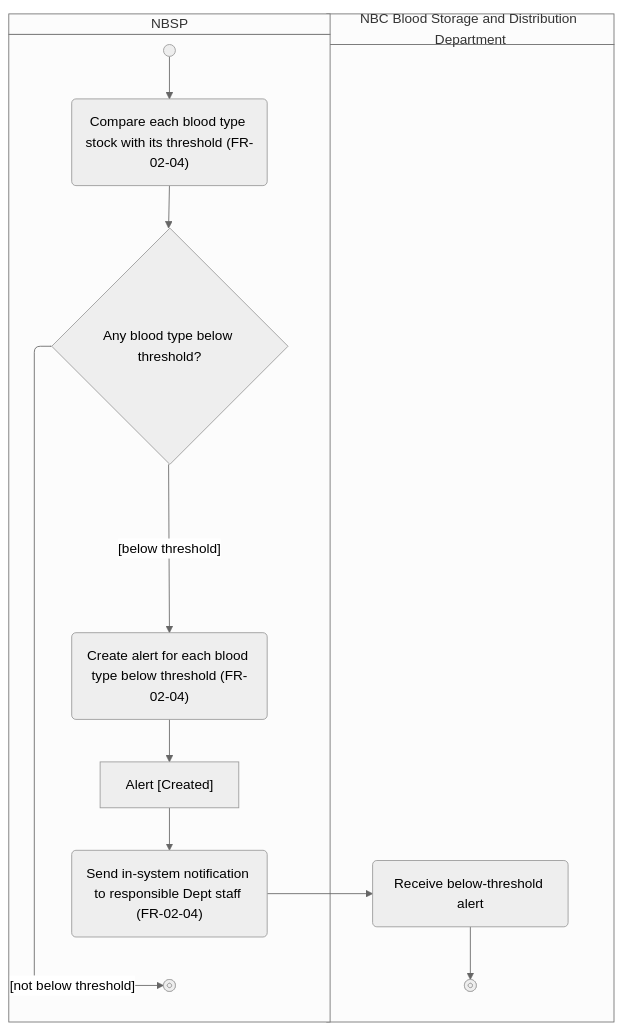
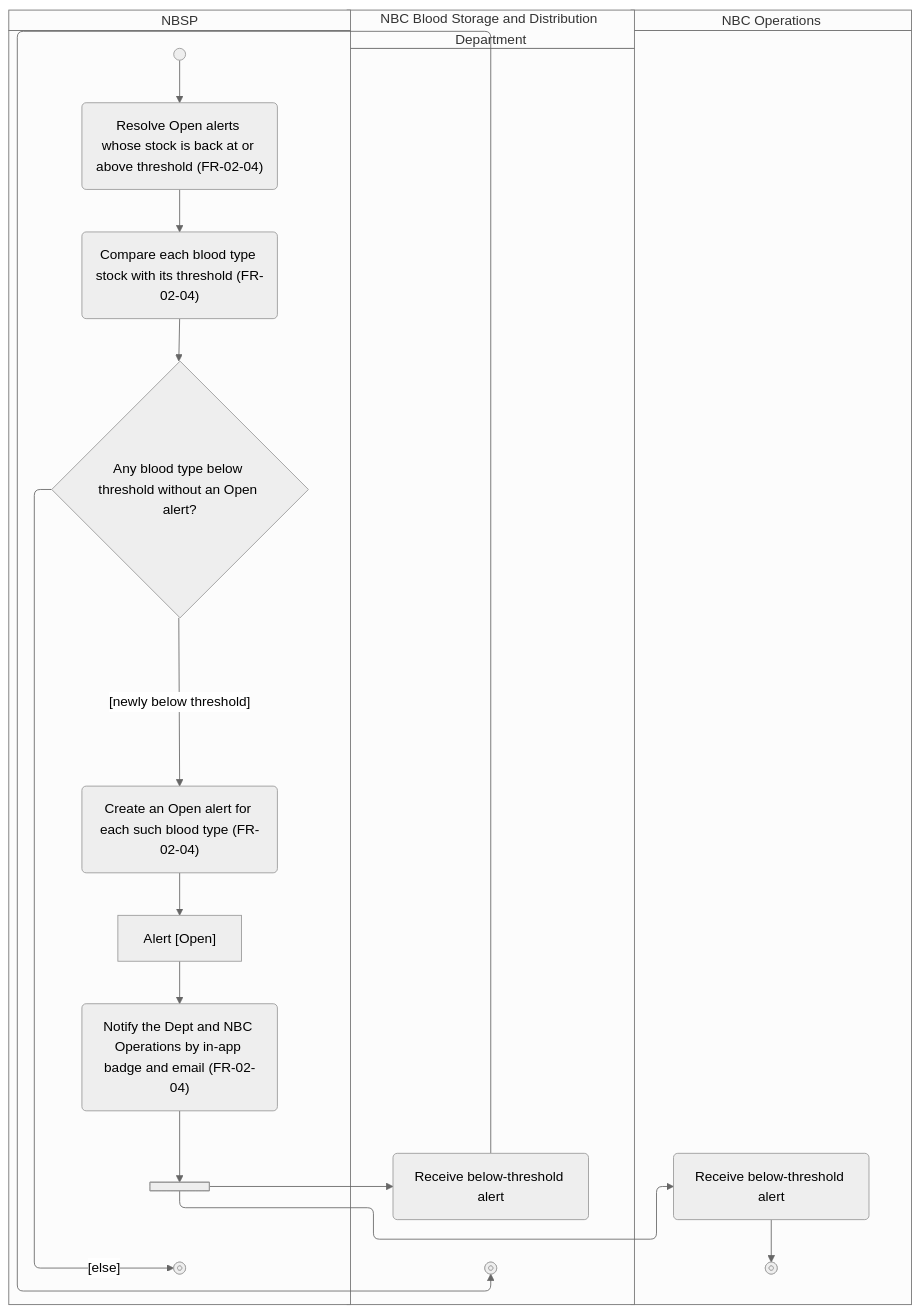
Before and after one commit to Nhan2772/DBIZ2-GROUPC-NationalBloodSupplyPlatform: the diagram in activity/AD-UC-11.md, drawn with Mermaid (neutral theme). The commit also changed other lines of this file and 7 other files, not shown here.

````diff
--- a/activity/AD-UC-11.md
+++ b/activity/AD-UC-11.md
@@ -22,19 +22,27 @@
 ```mermaid
 swimlane-beta TB
   subgraph SYS["NBSP"]
     start@{ shape: sm-circ }
+    s0("Resolve Open alerts whose stock is back at or above threshold (FR-02-04)")
     s1("Compare each blood type stock with its threshold (FR-02-04)")
-    d1{"Any blood type below threshold?"}
-    s2("Create alert for each blood type below threshold (FR-02-04)")
-    o1["Alert [Created]"]
-    s3("Send in-system notification to responsible Dept staff (FR-02-04)")
+    d1{"Any blood type below threshold without an Open alert?"}
+    s2("Create an Open alert for each such blood type (FR-02-04)")
+    o1["Alert [Open]"]
+    s3("Notify the Dept and NBC Operations by in-app badge and email (FR-02-04)")
+    f1@{ shape: fork }
     stop2@{ shape: fr-circ }
   end
   subgraph DEP["NBC Blood Storage and Distribution Department"]
     a1("Receive below-threshold alert")
     stop1@{ shape: fr-circ }
   end
-  start --> s1 --> d1
-  d1 -->|"[below threshold]"| s2 --> o1 --> s3 --> a1 --> stop1
-  d1 -->|"[not below threshold]"| stop2
+  subgraph OPS["NBC Operations"]
+    a2("Receive below-threshold alert")
+    stop3@{ shape: fr-circ }
+  end
+  start --> s0 --> s1 --> d1
+  d1 -->|"[newly below threshold]"| s2 --> o1 --> s3 --> f1
+  f1 --> a1 --> stop1
+  f1 --> a2 --> stop3
+  d1 -->|"[else]"| stop2
 ```
````
